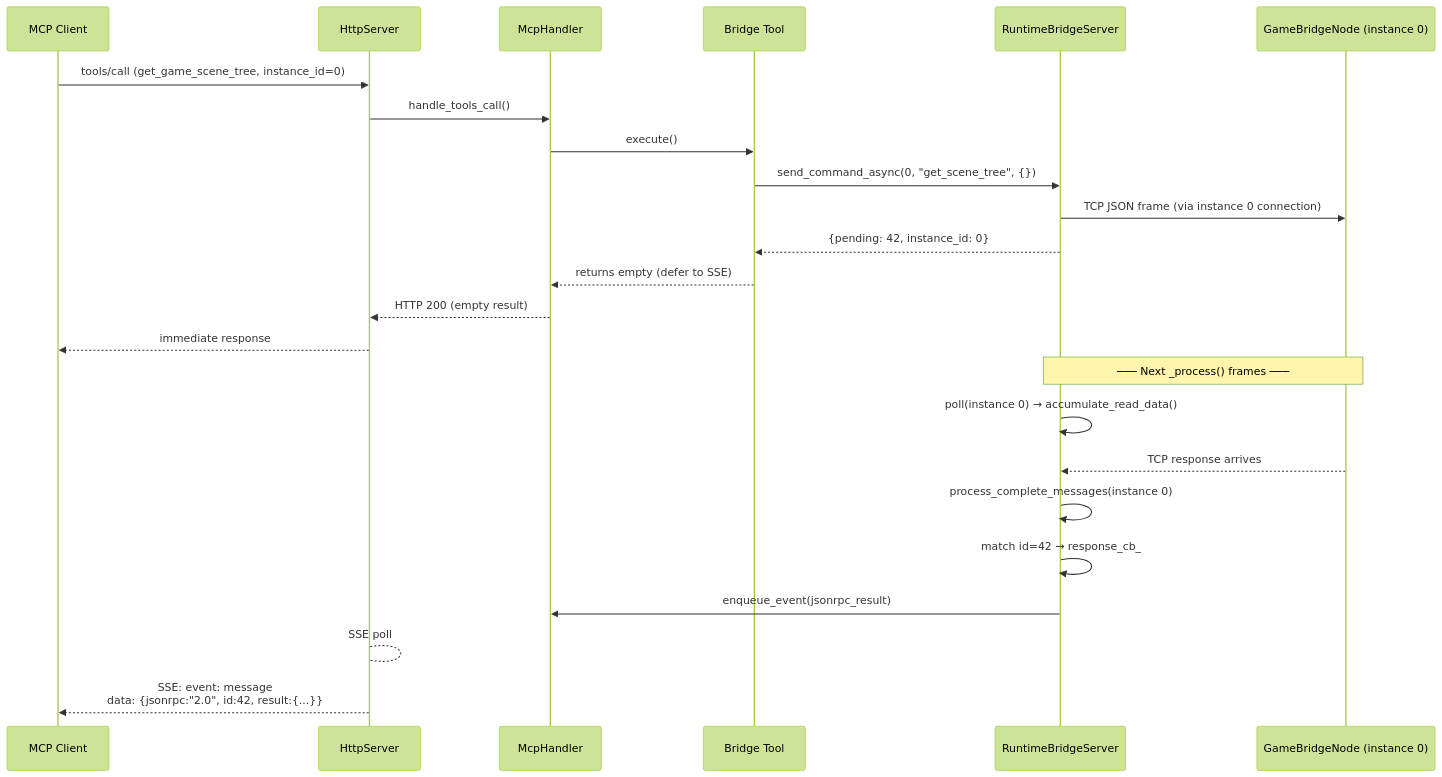
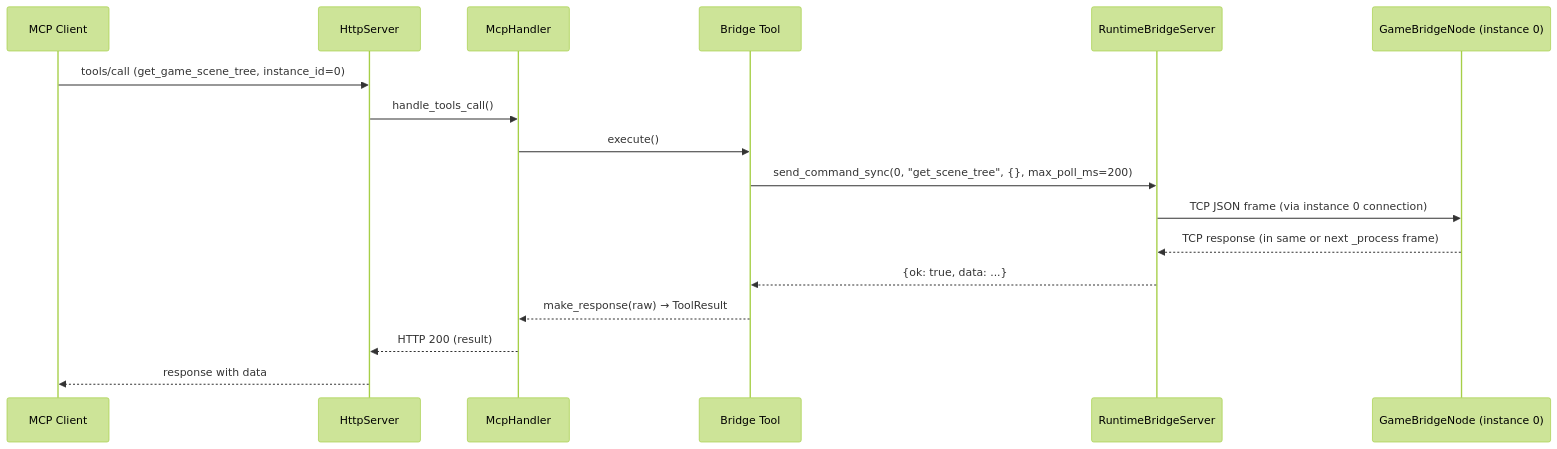
The second of 4 diagrams in .repo_wiki/concepts/runtime-communication.md (jesspig/GodotMCP-GDExtension), drawn with Mermaid (forest theme) before and after one commit. The commit also changed other lines of this file and 41 other files, not shown here.

````diff
--- a/.repo_wiki/concepts/runtime-communication.md
+++ b/.repo_wiki/concepts/runtime-communication.md
@@ -143,29 +142,20 @@
 ```mermaid
 sequenceDiagram
     participant Client as MCP Client
     participant Server as HttpServer
     participant Handler as McpHandler
     participant Tool as Bridge Tool
     participant Bridge as RuntimeBridgeServer
     participant Game as GameBridgeNode (instance 0)
 
     Client->>Server: tools/call (get_game_scene_tree, instance_id=0)
     Server->>Handler: handle_tools_call()
     Handler->>Tool: execute()
-    Tool->>Bridge: send_command_async(0, "get_scene_tree", {})
+    Tool->>Bridge: send_command_sync(0, "get_scene_tree", {}, max_poll_ms=200)
     Bridge->>Game: TCP JSON frame (via instance 0 connection)
-    Bridge-->>Tool: {pending: 42, instance_id: 0}
-    Tool-->>Handler: returns empty (defer to SSE)
-    Handler-->>Server: HTTP 200 (empty result)
-    Server-->>Client: immediate response
-
-    Note over Bridge,Game: ─── Next _process() frames ───
-
-    Bridge->>Bridge: poll(instance 0) → accumulate_read_data()
-    Game-->>Bridge: TCP response arrives
-    Bridge->>Bridge: process_complete_messages(instance 0)
-    Bridge->>Bridge: match id=42 → response_cb_
-    Bridge->>Handler: enqueue_event(jsonrpc_result)
-    Server-->Server: SSE poll
-    Server-->>Client: SSE: event: message<br/>data: {jsonrpc:"2.0", id:42, result:{...}}
+    Game-->>Bridge: TCP response (in same or next _process frame)
+    Bridge-->>Tool: {ok: true, data: ...}
+    Tool-->>Handler: make_response(raw) → ToolResult
+    Handler-->>Server: HTTP 200 (result)
+    Server-->>Client: response with data
 ```
````
